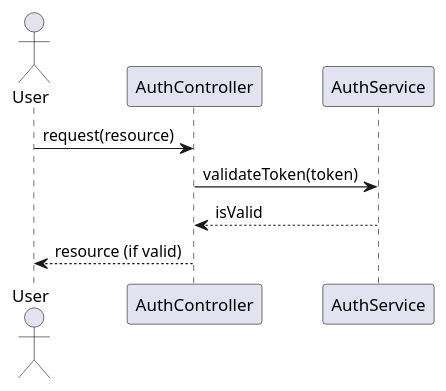
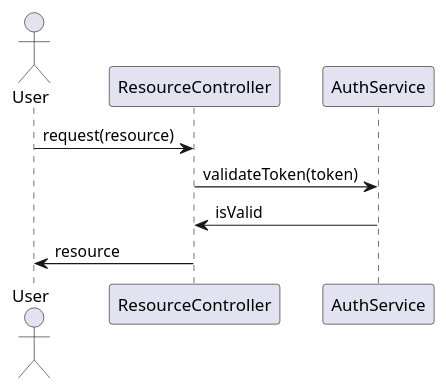
The third of 4 diagrams in enrollment/documentation/detaileddesign.adoc (Dinesh-s95/AutoDoc.ai), drawn with PlantUML before and after one commit. The commit also changed other lines of this file and 4 other files, not shown here.

```diff
--- a/enrollment/documentation/detaileddesign.adoc
+++ b/enrollment/documentation/detaileddesign.adoc
@@ -226,13 +225,13 @@
 [plantuml, jwt-validation-sequence, png]
 ----
 @startuml
 actor User
-participant "AuthController" as Controller
-participant "AuthService" as Service
+participant "ResourceController" as RC
+participant "AuthService" as AS
 
-User -> Controller : request(resource)
-Controller -> Service : validateToken(token)
-Service --> Controller : isValid
-Controller --> User : resource (if valid)
+User -> RC : request(resource)
+RC -> AS : validateToken(token)
+AS -> RC : isValid
+RC -> User : resource
 @enduml
 ----
```
